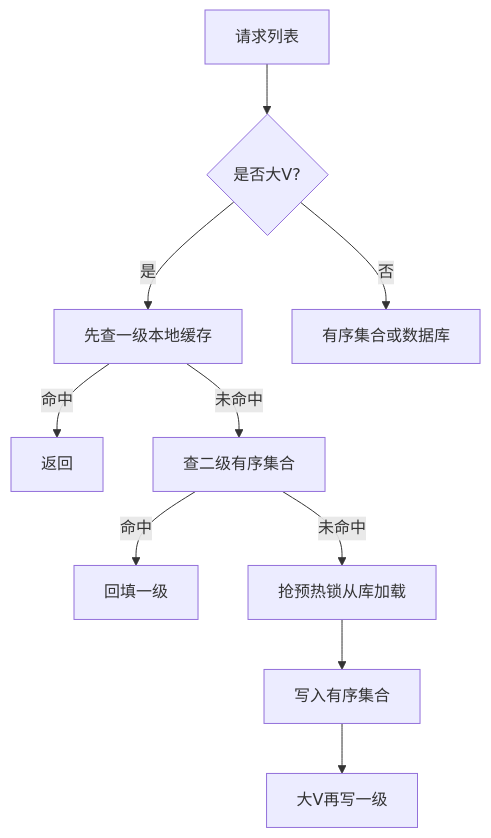
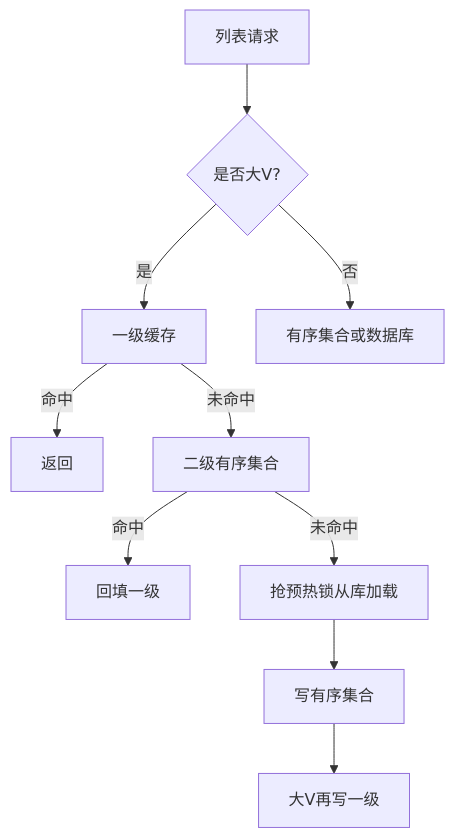
One commit to bitladykiller/zhiguang_go changed the second of 4 diagrams in docs/modules/06-关注关系与Feed扩散模块.md. Above: the diagram before and after it, drawn with Mermaid. The commit also changed other lines of this file and 13 other files, not shown here.

````diff
--- a/docs/modules/06-关注关系与Feed扩散模块.md
+++ b/docs/modules/06-关注关系与Feed扩散模块.md
@@ -514,12 +84,12 @@
 ```mermaid
 flowchart TD
-    A[请求列表] --> B{是否大V?}
-    B -->|是| C[先查一级本地缓存]
+    A[列表请求] --> B{是否大V?}
+    B -->|是| C[一级缓存]
     C -->|命中| D[返回]
-    C -->|未命中| E[查二级有序集合]
+    C -->|未命中| E[二级有序集合]
     E -->|命中| F[回填一级]
     E -->|未命中| G[抢预热锁从库加载]
-    G --> H[写入有序集合]
+    G --> H[写有序集合]
     H --> I[大V再写一级]
     B -->|否| J[有序集合或数据库]
 ```
````
